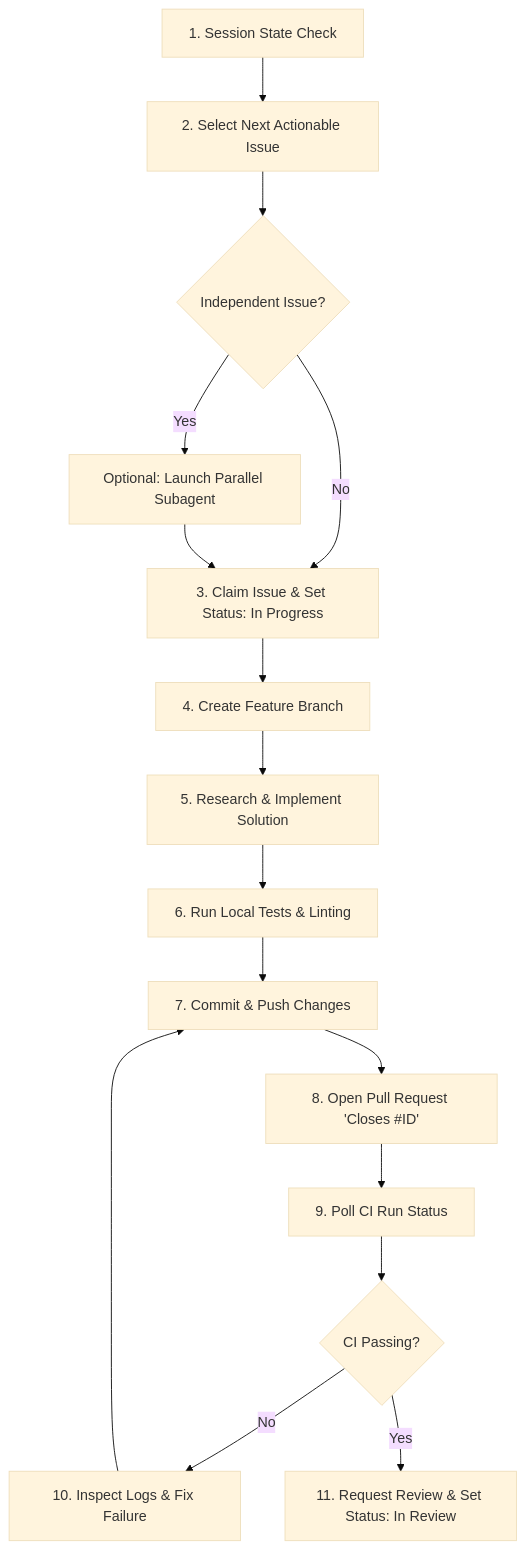
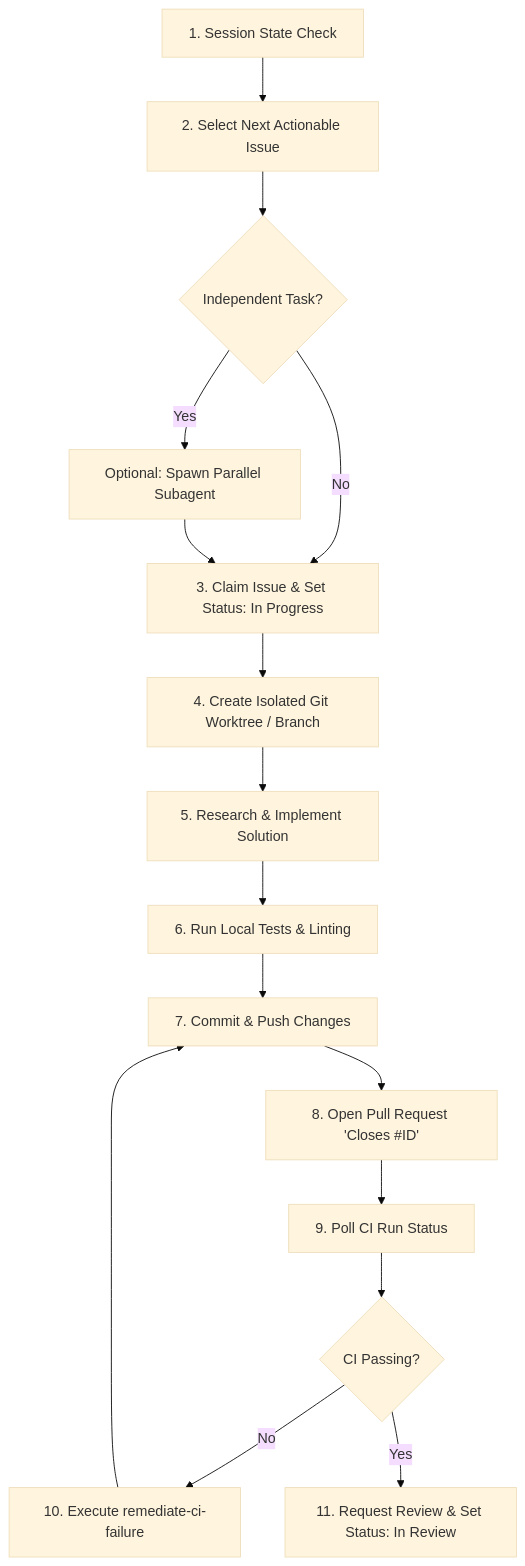
The diagram in skills/implement-next-issue/SKILL.md (gillella/Aru_Agentic_SDLC), drawn with Mermaid (base theme) before and after one commit. The commit also changed other lines of this file and 10 other files, not shown here.

Commit message:
feat(skills): enhance SkillsMP skills with worktree isolation, YAML triggers, remediate-ci-failure, and address-pr-feedback

````diff
--- a/skills/implement-next-issue/SKILL.md
+++ b/skills/implement-next-issue/SKILL.md
@@ -14,17 +25,17 @@
 ```mermaid
 flowchart TD
     A[1. Session State Check] --> B[2. Select Next Actionable Issue]
-    B --> C{Independent Issue?}
-    C -- Yes --> D[Optional: Launch Parallel Subagent]
+    B --> C{Independent Task?}
+    C -- Yes --> D[Optional: Spawn Parallel Subagent]
     C -- No --> E[3. Claim Issue & Set Status: In Progress]
     D --> E
-    E --> F[4. Create Feature Branch]
+    E --> F[4. Create Isolated Git Worktree / Branch]
     F --> G[5. Research & Implement Solution]
     G --> H[6. Run Local Tests & Linting]
     H --> I[7. Commit & Push Changes]
     I --> J[8. Open Pull Request 'Closes #ID']
     J --> K[9. Poll CI Run Status]
     K --> L{CI Passing?}
-    L -- No --> M[10. Inspect Logs & Fix Failure] --> I
+    L -- No --> M[10. Execute remediate-ci-failure] --> I
     L -- Yes --> N[11. Request Review & Set Status: In Review]
 ```
````
